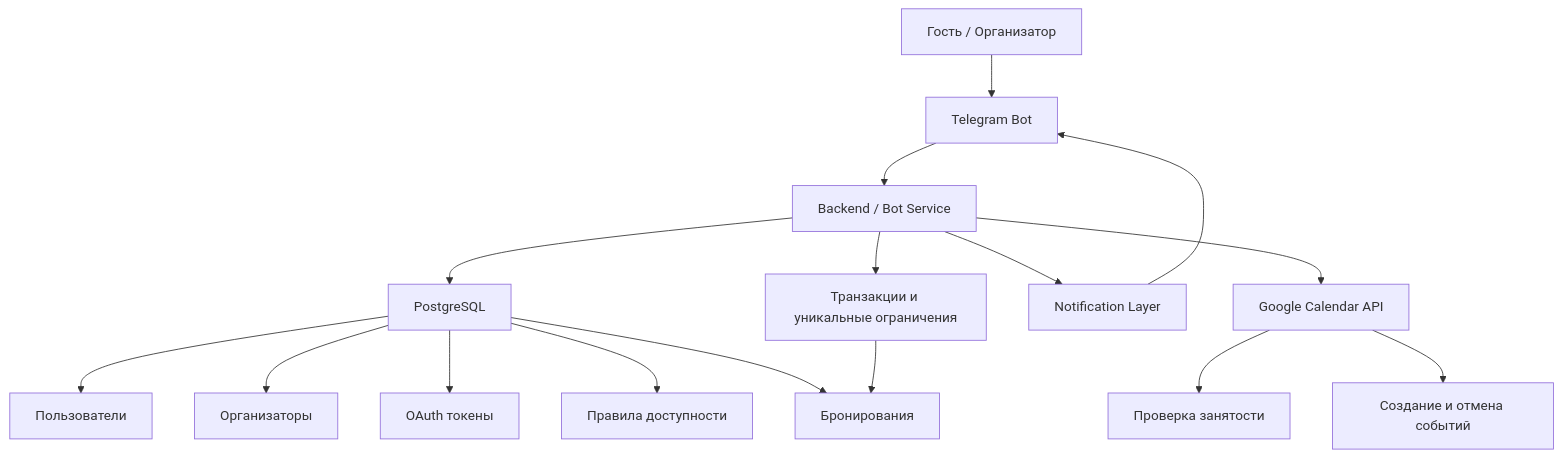
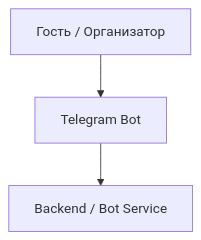
Before and after one commit to SergSof/calendar-booking-bot-architecture: the diagram in diagrams/architecture.md, drawn with Mermaid.

Commit message:
Simplify architecture diagram by removing components
Removed several components and connections from the architecture diagram.

````diff
--- a/diagrams/architecture.md
+++ b/diagrams/architecture.md
@@ -3,24 +3,8 @@
 ```mermaid
 flowchart TD
     USER["Гость / Организатор"] --> TG["Telegram Bot"]
 
     TG --> BACKEND["Backend / Bot Service"]
 
-    BACKEND --> DB["PostgreSQL"]
-    BACKEND --> GOOGLE["Google Calendar API"]
-    BACKEND --> NOTIFY["Notification Layer"]
-
-    NOTIFY --> TG
-
-    DB --> USERS["Пользователи"]
-    DB --> ORG["Организаторы"]
-    DB --> TOKENS["OAuth токены"]
-    DB --> RULES["Правила доступности"]
-    DB --> BOOKINGS["Бронирования"]
-
-    GOOGLE --> BUSY["Проверка занятости"]
-    GOOGLE --> EVENTS["Создание и отмена событий"]
-
-    BACKEND --> LOCKS["Транзакции и уникальные ограничения"]
-    LOCKS --> BOOKINGS
+    
 ```
````
